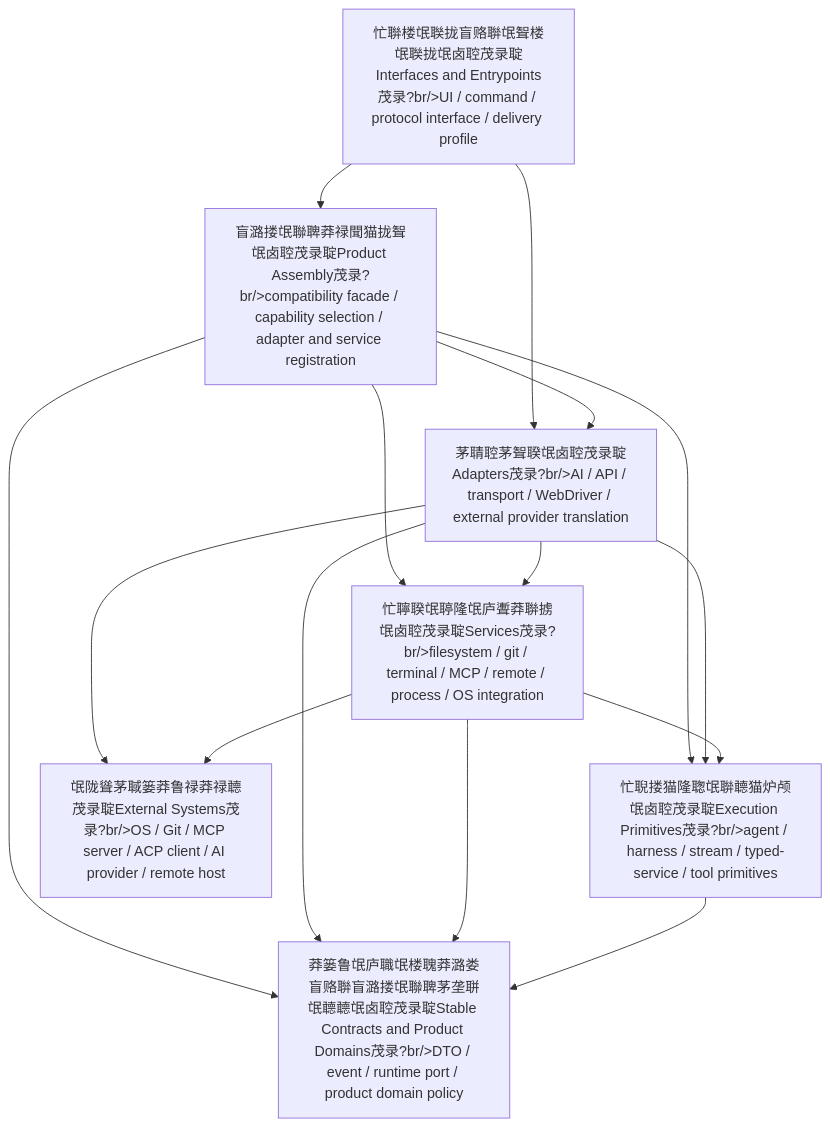
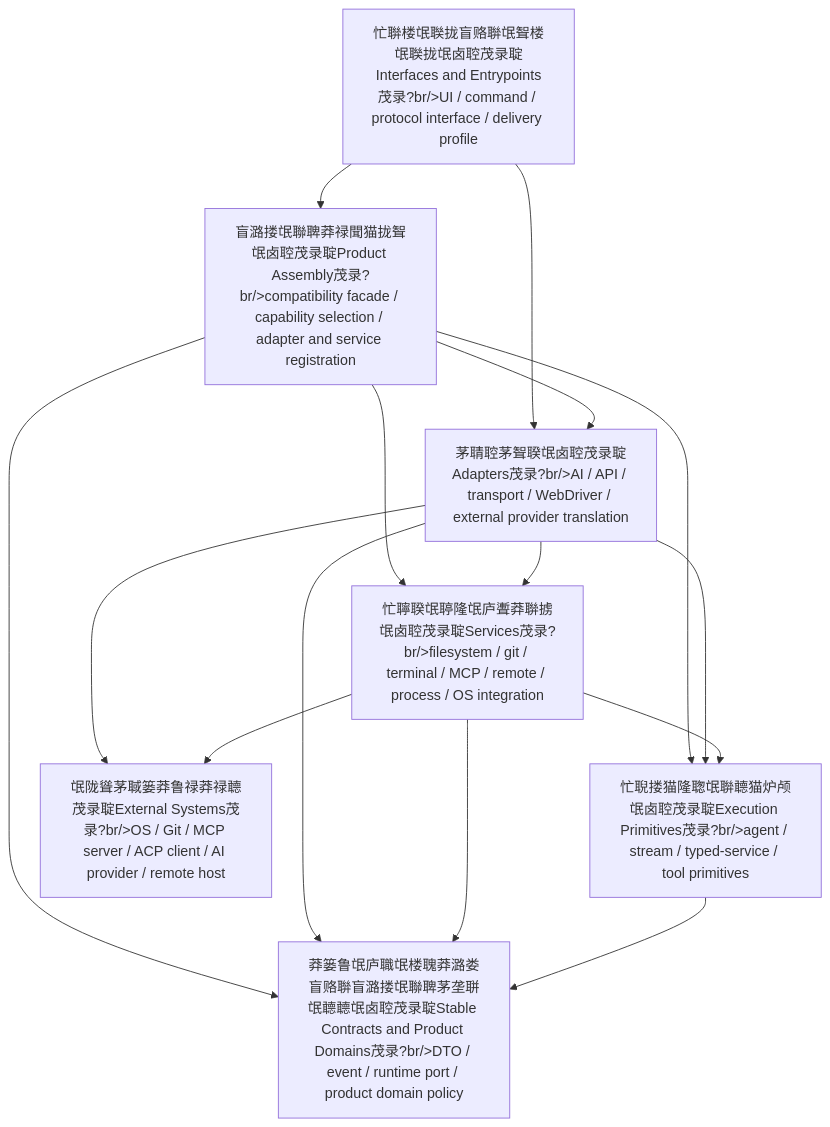
One commit to UmR-2026/NortHing changed the second of 3 diagrams in docs/architecture/core-decomposition.md. Above: the diagram before and after it, drawn with Mermaid. The commit also changed other lines of this file and 34 other files, not shown here.

First line of the commit message:
chore: delete tool-provider-groups + harness crates with core assembly rewiring (T2-2a', review clean)

````diff
--- a/docs/architecture/core-decomposition.md
+++ b/docs/architecture/core-decomposition.md
@@ -338,49 +204,25 @@
 ```mermaid
-
 flowchart TB
-
   Interfaces["忙聨楼氓聫拢盲赂聨氓聟楼氓聫拢氓卤聜茂录聢Interfaces and Entrypoints茂录?br/>UI / command / protocol interface / delivery profile"]
-
   Assembly["盲潞搂氓聯聛莽禄聞猫拢聟氓卤聜茂录聢Product Assembly茂录?br/>compatibility facade / capability selection / adapter and service registration"]
-
   Adapters["茅聙聜茅聟聧氓卤聜茂录聢Adapters茂录?br/>AI / API / transport / WebDriver / external provider translation"]
-
   Services["忙聹聧氓聤隆氓庐聻莽聨掳氓卤聜茂录聢Services茂录?br/>filesystem / git / terminal / MCP / remote / process / OS integration"]
-
-  Execution["忙聣搂猫隆聦氓聨聼猫炉颅氓卤聜茂录聢Execution Primitives茂录?br/>agent / harness / stream / typed-service / tool primitives"]
-
+  Execution["忙聣搂猫隆聦氓聨聼猫炉颅氓卤聜茂录聢Execution Primitives茂录?br/>agent / stream / typed-service / tool primitives"]
   Contracts["莽篓鲁氓庐職氓楼聭莽潞娄盲赂聨盲潞搂氓聯聛茅垄聠氓聼聼氓卤聜茂录聢Stable Contracts and Product Domains茂录?br/>DTO / event / runtime port / product domain policy"]
-
   External["氓陇聳茅聝篓莽鲁禄莽禄聼茂录聢External Systems茂录?br/>OS / Git / MCP server / ACP client / AI provider / remote host"]
 
-
-
   Interfaces --> Assembly
-
   Interfaces --> Adapters
-
   Assembly --> Adapters
-
   Assembly --> Services
-
   Assembly --> Execution
-
   Assembly --> Contracts
-
   Adapters --> Services
-
   Adapters --> Execution
-
   Adapters --> Contracts
-
   Services --> Execution
-
   Services --> Contracts
-
   Execution --> Contracts
-
   Adapters --> External
-
   Services --> External
-
 ```
````
